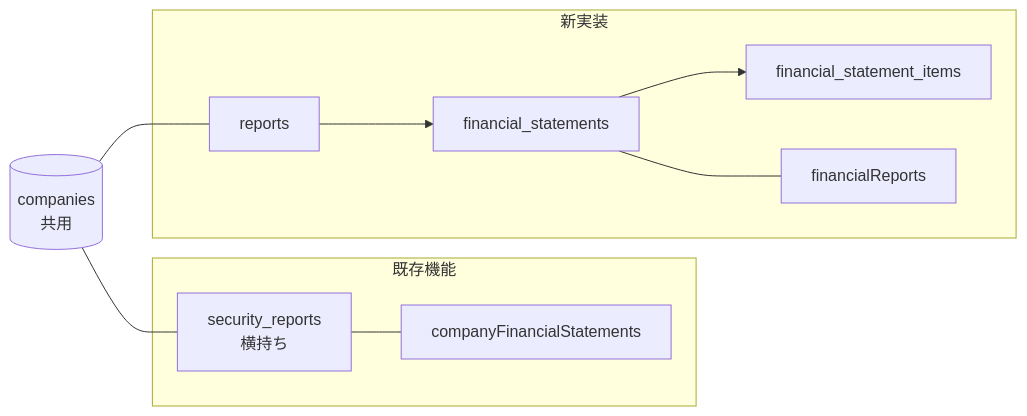
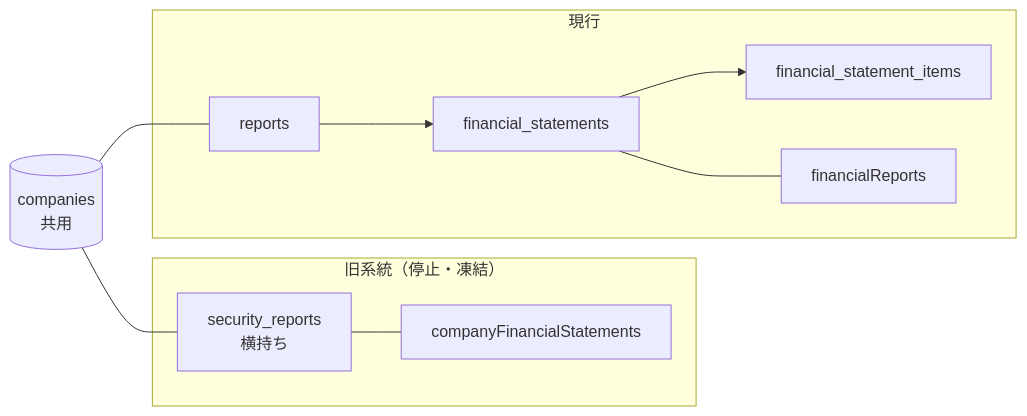
The second of 2 diagrams in docs/architecture/01_data_model.md (shin4488/financial-statement), drawn with Mermaid before and after one commit. The commit also changed other lines of this file and 11 other files, not shown here.

````diff
--- a/docs/architecture/01_data_model.md
+++ b/docs/architecture/01_data_model.md
@@ -120,12 +120,12 @@
 ```mermaid
 flowchart LR
-    subgraph 既存機能
+    subgraph 旧系統["旧系統（停止・凍結）"]
         SR[security_reports<br>横持ち] --- OldQ[companyFinancialStatements]
     end
-    subgraph 新実装
+    subgraph 現行
         R[reports] --> FS[financial_statements] --> FSI[financial_statement_items]
         FS --- NewQ[financialReports]
     end
     C[(companies<br>共用)] --- SR
     C --- R
 ```
````
